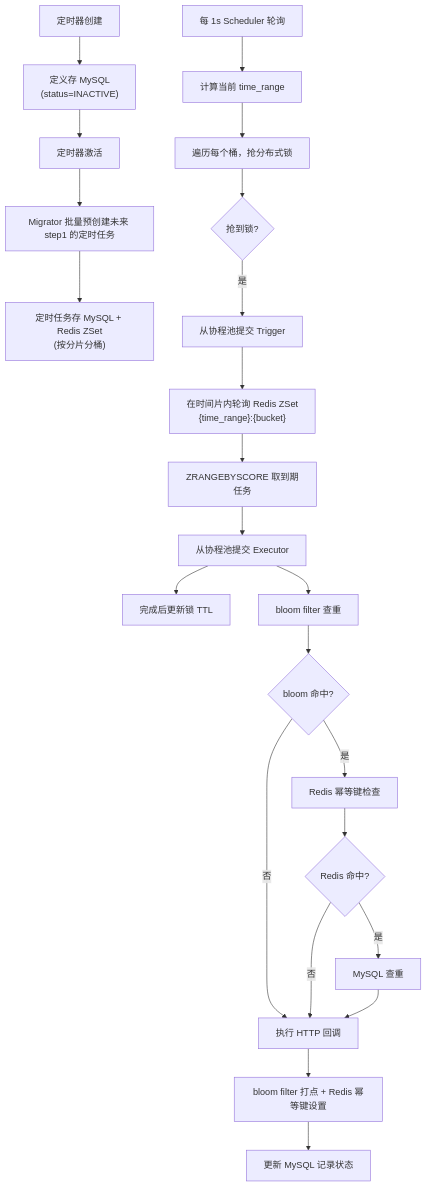
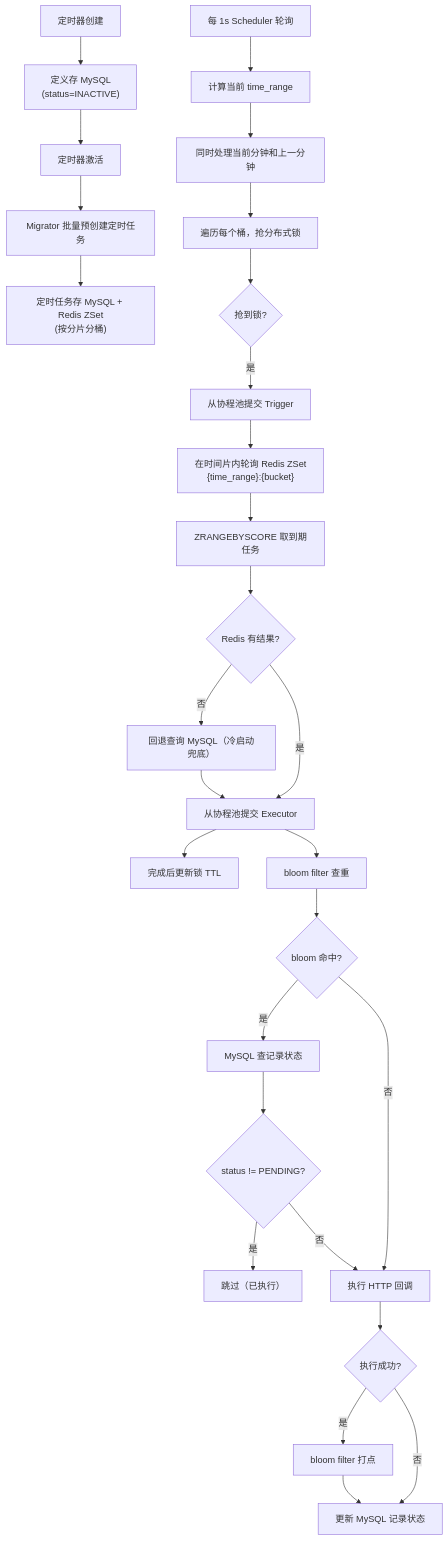
The second of 2 diagrams in README.md (Pavio6/ChronoFlow), drawn with Mermaid before and after one commit. The commit also changed other lines of this file and 8 other files, not shown here.

Commit message:
docs: update project documentation, add E2E flow and optimization guide

````diff
--- a/README.md
+++ b/README.md
@@ -69,28 +69,33 @@
 ```mermaid
 graph TD
     A["定时器创建"] --> B["定义存 MySQL<br/>(status=INACTIVE)"]
     B --> C["定时器激活"]
-    C --> D["Migrator 批量预创建未来 step1 的定时任务"]
+    C --> D["Migrator 批量预创建定时任务"]
     D --> E["定时任务存 MySQL + Redis ZSet<br/>(按分片分桶)"]
     
     F["每 1s Scheduler 轮询"] --> G["计算当前 time_range"]
-    G --> H["遍历每个桶，抢分布式锁"]
+    G --> G2["同时处理当前分钟和上一分钟"]
+    G2 --> H["遍历每个桶，抢分布式锁"]
     H --> I{"抢到锁?"}
     I -->|是| J["从协程池提交 Trigger"]
     
     J --> K["在时间片内轮询 Redis ZSet<br/>{time_range}:{bucket}"]
     K --> L["ZRANGEBYSCORE 取到期任务"]
-    L --> M["从协程池提交 Executor"]
+    L --> L2{"Redis 有结果?"}
+    L2 -->|否| L3["回退查询 MySQL（冷启动兜底）"]
+    L3 --> M
+    L2 -->|是| M["从协程池提交 Executor"]
     M --> N["完成后更新锁 TTL"]
     
     M --> O["bloom filter 查重"]
     O --> P{"bloom 命中?"}
-    P -->|是| Q["Redis 幂等键检查"]
-    Q --> R{"Redis 命中?"}
-    R -->|是| S["MySQL 查重"]
+    P -->|是| Q["MySQL 查记录状态"]
+    Q --> R{"status != PENDING?"}
+    R -->|是| S["跳过（已执行）"]
     P -->|否| T["执行 HTTP 回调"]
     R -->|否| T
-    S --> T
-    T --> U["bloom filter 打点 + Redis 幂等键设置"]
-    U --> V["更新 MySQL 记录状态"]
+    T --> U{"执行成功?"}
+    U -->|是| W["bloom filter 打点"]
+    W --> V["更新 MySQL 记录状态"]
+    U -->|否| V
 ```
````
